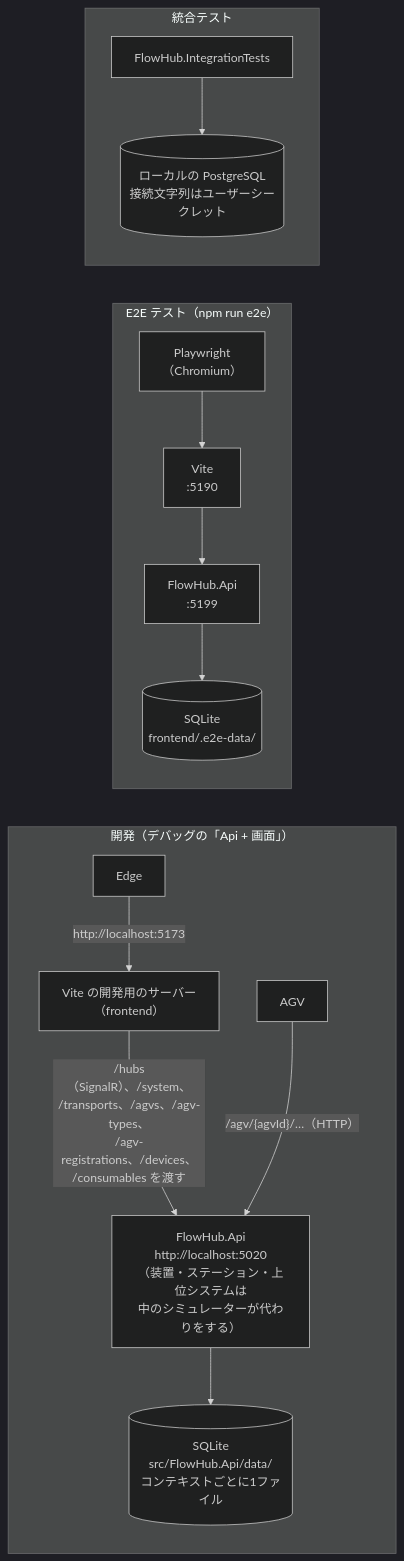
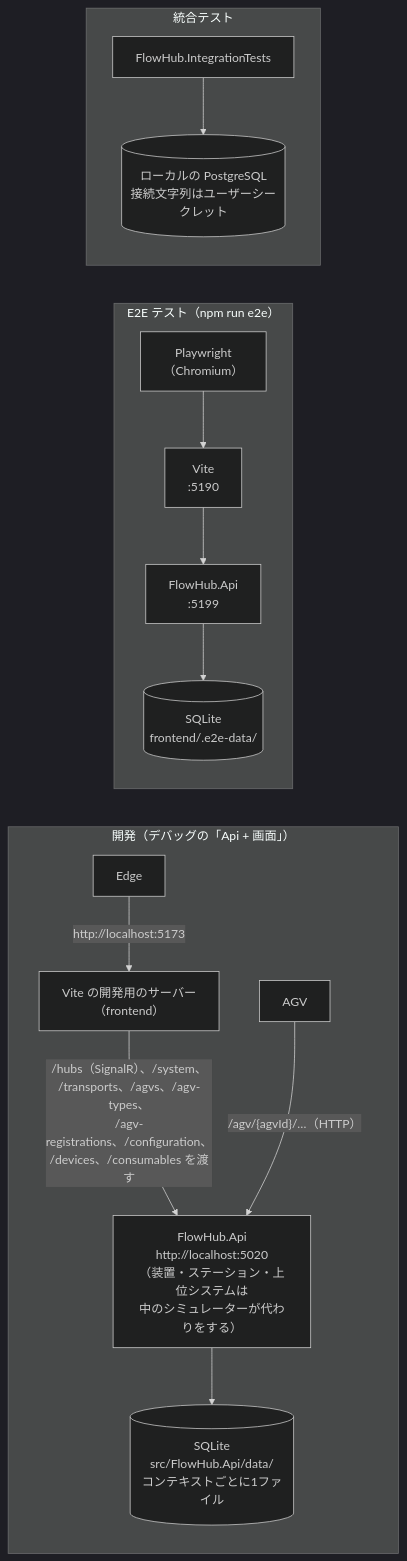
One commit to kkobaoh/flow-hub changed the second of 3 diagrams in CLAUDE.md. Above: the diagram before and after it, drawn with Mermaid (dark theme). The commit also changed 24 other files, not shown here.

````diff
--- a/CLAUDE.md
+++ b/CLAUDE.md
@@ -177,15 +177,15 @@
 ```mermaid
 flowchart LR
     subgraph dev["開発（デバッグの「Api + 画面」）"]
         Edge["Edge"] -->|"http://localhost:5173"| Vite["Vite の開発用のサーバー<br/>（frontend）"]
-        Vite -->|"/hubs（SignalR）、/system、<br/>/transports、/agvs、/agv-types、<br/>/agv-registrations、/devices、<br/>/consumables を渡す"| Api["FlowHub.Api<br/>http://localhost:5020<br/>（装置・ステーション・上位システムは<br/>中のシミュレーターが代わりをする）"]
+        Vite -->|"/hubs（SignalR）、/system、<br/>/transports、/agvs、/agv-types、<br/>/agv-registrations、/configuration、<br/>/devices、/consumables を渡す"| Api["FlowHub.Api<br/>http://localhost:5020<br/>（装置・ステーション・上位システムは<br/>中のシミュレーターが代わりをする）"]
         AGV["AGV"] -->|"/agv/{agvId}/…（HTTP）"| Api
         Api --> Sqlite[("SQLite<br/>src/FlowHub.Api/data/<br/>コンテキストごとに1ファイル")]
     end
     subgraph e2e["E2E テスト（npm run e2e）"]
         Chromium["Playwright<br/>（Chromium）"] --> ViteE2E["Vite<br/>:5190"] --> ApiE2E["FlowHub.Api<br/>:5199"] --> SqliteE2E[("SQLite<br/>frontend/.e2e-data/")]
     end
     subgraph it["統合テスト"]
         IntegrationTests["FlowHub.IntegrationTests"] --> Postgres[("ローカルの PostgreSQL<br/>接続文字列はユーザーシークレット")]
     end
 ```
````
